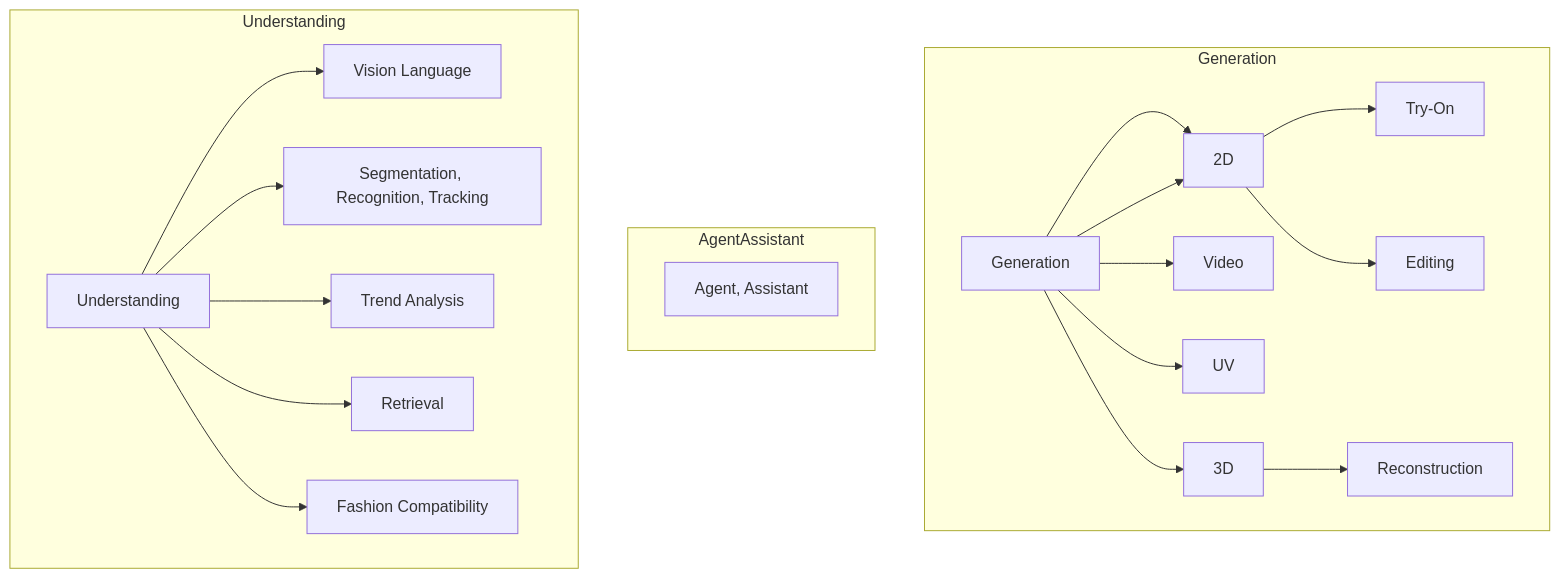
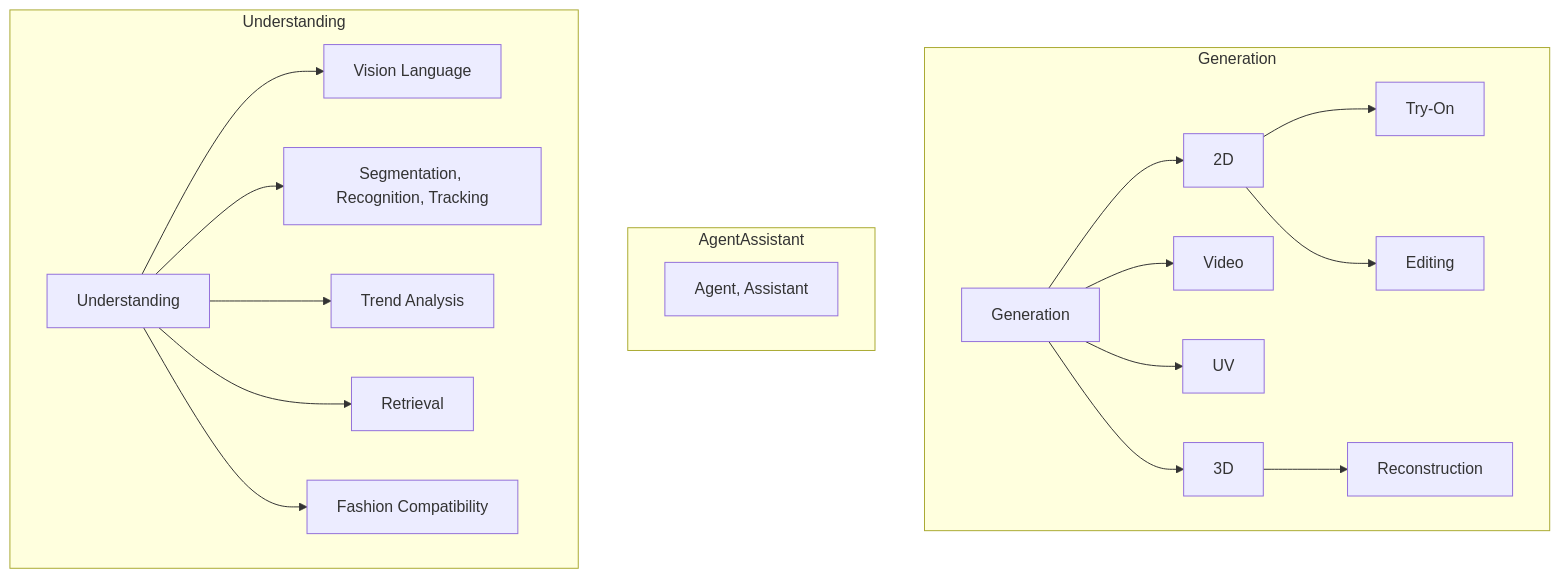
One commit to wendashi/Cool-GenAI-Fashion-Papers changed the diagram in README.md. Above: the diagram before and after it, drawn with Mermaid.

````diff
--- a/README.md
+++ b/README.md
@@ -30,24 +30,24 @@
 ```mermaid
 graph TB;
 
 subgraph Generation
   gen1[Generation] --> gen2[2D] --> gen3[Try-On]
-  gen1 --> gen2 --> gen4[Editing]
+  gen2 --> gen4[Editing]
   gen1 --> gen5[Video]
   gen1 --> gen6[UV]
   gen1 --> gen7[3D] --> gen8[Reconstruction]
 end
 
 subgraph AgentAssistant
   aa1[Agent, Assistant]
 end
 
 subgraph Understanding
   u1[Understanding] --> u2[Vision Language]
   u1 --> u3[Segmentation, Recognition, Tracking]
   u1 --> u4[Trend Analysis]
   u1 --> u5[Retrieval]
   u1 --> u6[Fashion Compatibility]
 end
 
 ```
````
